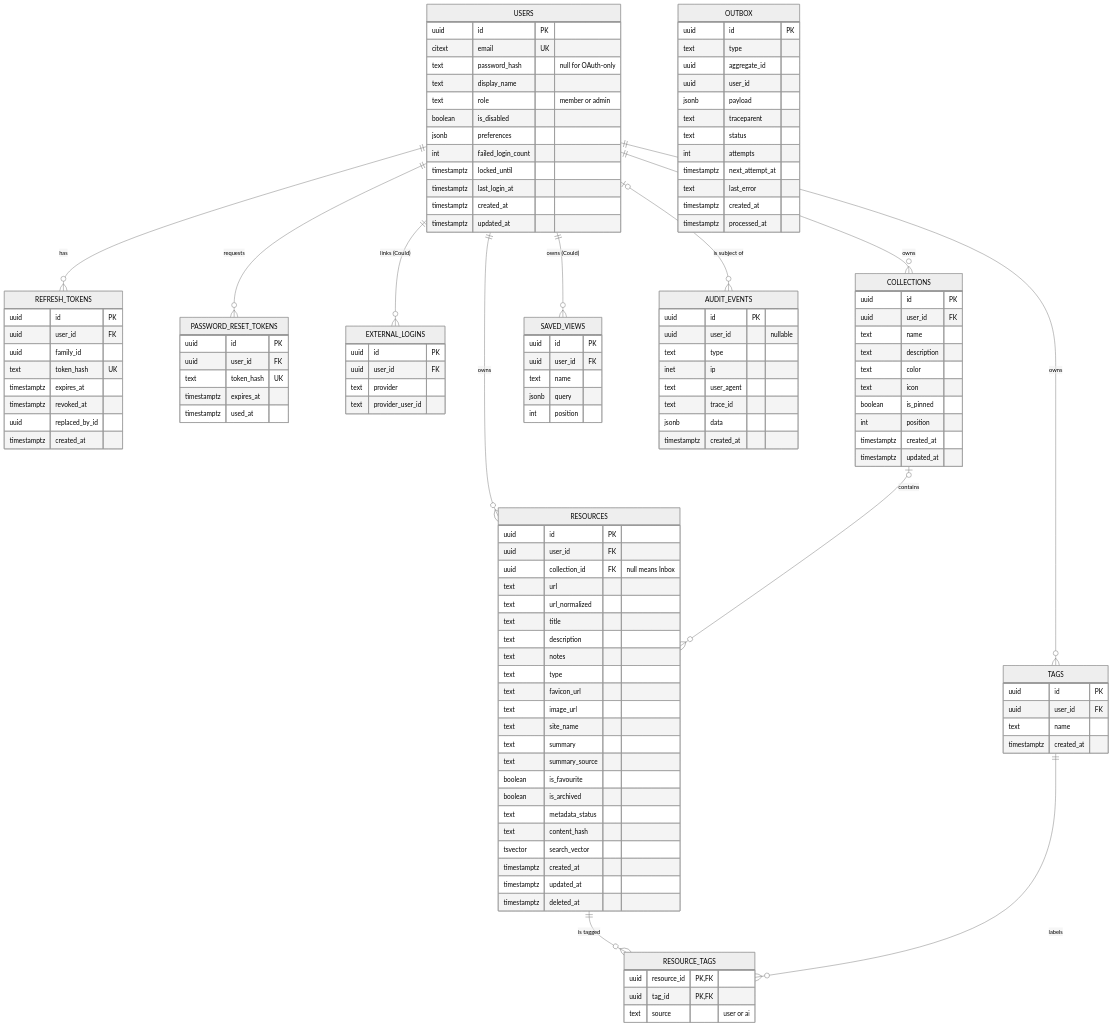
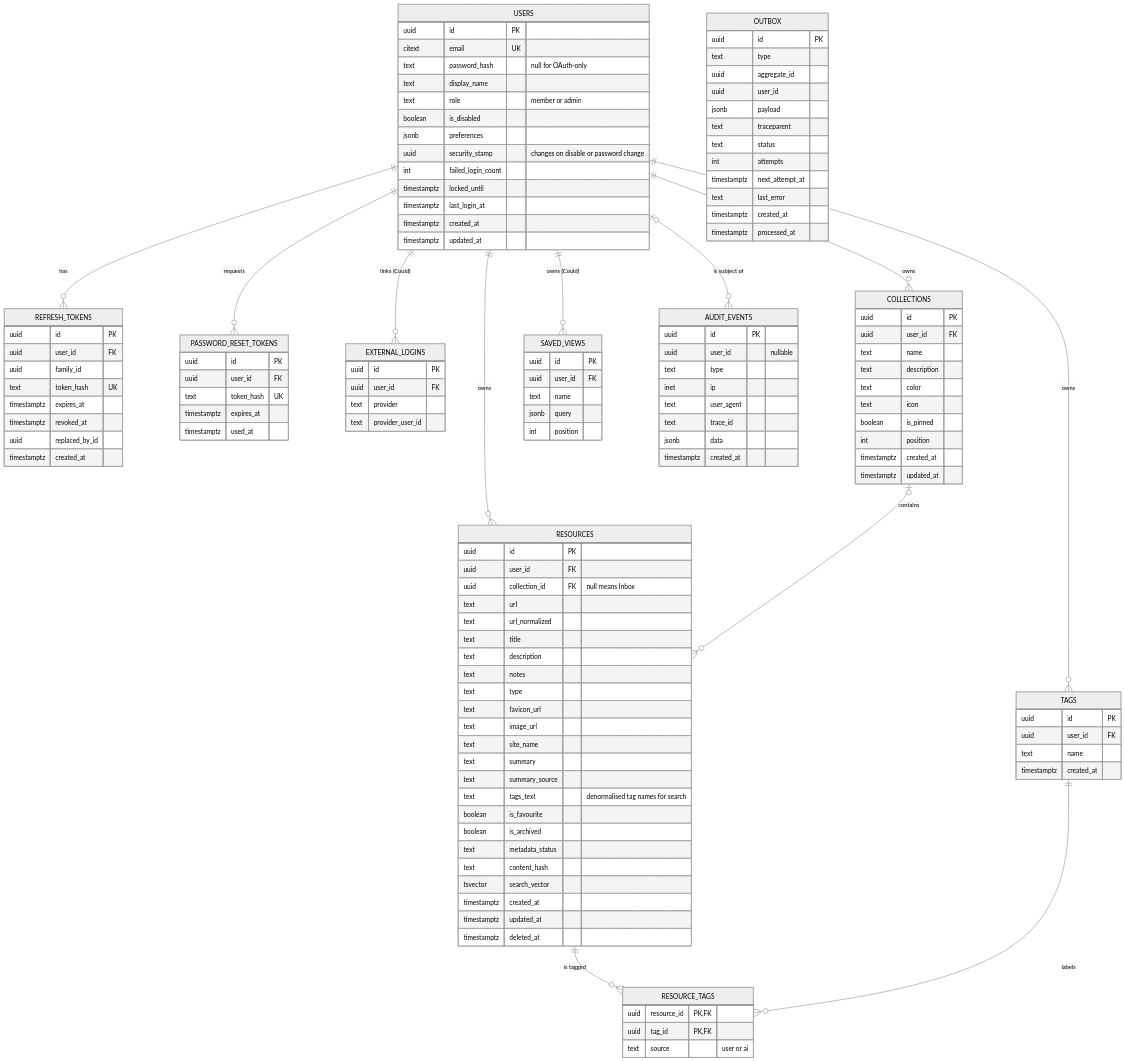
Before and after one commit to lahiru1115/Knowledge-Hub: the second of 4 diagrams in plans/greenfield/01-software-requirements-specification.md, drawn with Mermaid (neutral theme). The commit also changed other lines of this file and 1 other file, not shown here.

First line of the commit message:
Add system architecture (greenfield doc 02)

```diff
--- a/plans/greenfield/01-software-requirements-specification.md
+++ b/plans/greenfield/01-software-requirements-specification.md
@@ -547,6 +547,7 @@
     text role "member or admin"
     boolean is_disabled
     jsonb preferences
+    uuid security_stamp "changes on disable or password change"
     int failed_login_count
     timestamptz locked_until
     timestamptz last_login_at
@@ -603,6 +604,7 @@
     text site_name
     text summary
     text summary_source
+    text tags_text "denormalised tag names for search"
     boolean is_favourite
     boolean is_archived
     text metadata_status
```
